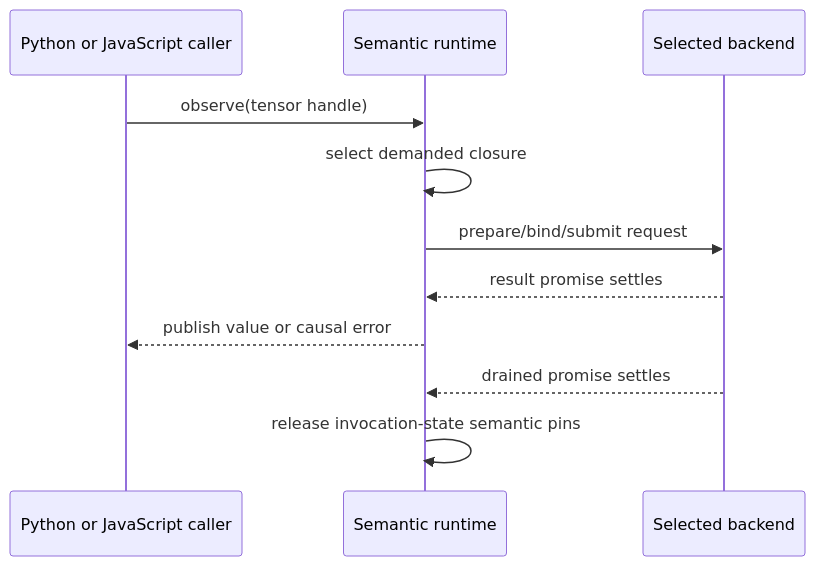
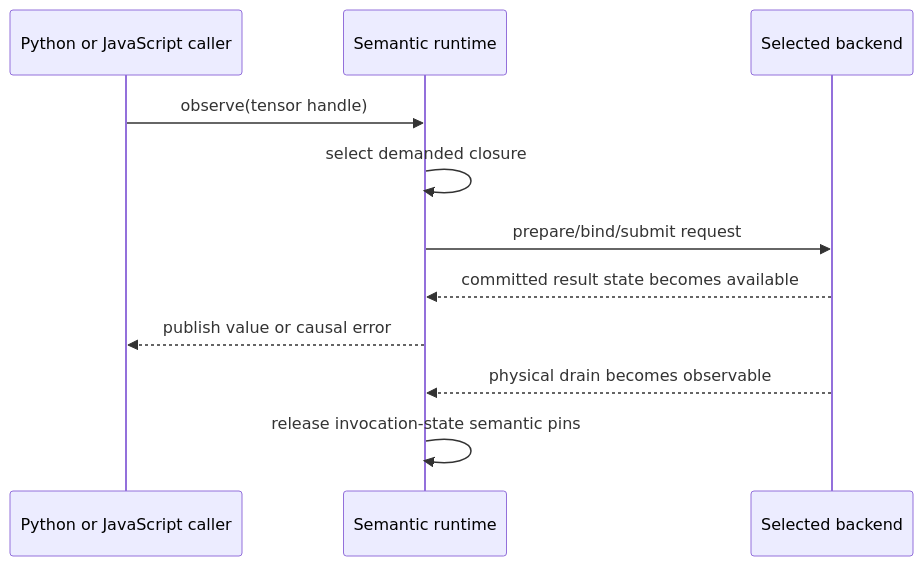
Before and after one commit to isaacperez/tabgrad: the second of 3 diagrams in docs/architecture/execution-lifecycle.md, drawn with Mermaid. The commit also changed other lines of this file and 11 other files, not shown here.

````diff
--- a/docs/architecture/execution-lifecycle.md
+++ b/docs/architecture/execution-lifecycle.md
@@ -128,14 +132,14 @@
 ```mermaid
 sequenceDiagram
     participant Python as Python or JavaScript caller
     participant Runtime as Semantic runtime
     participant Backend as Selected backend
 
     Python->>Runtime: observe(tensor handle)
     Runtime->>Runtime: select demanded closure
     Runtime->>Backend: prepare/bind/submit request
-    Backend-->>Runtime: result promise settles
+    Backend-->>Runtime: committed result state becomes available
     Runtime-->>Python: publish value or causal error
-    Backend-->>Runtime: drained promise settles
+    Backend-->>Runtime: physical drain becomes observable
     Runtime->>Runtime: release invocation-state semantic pins
 ```
````
